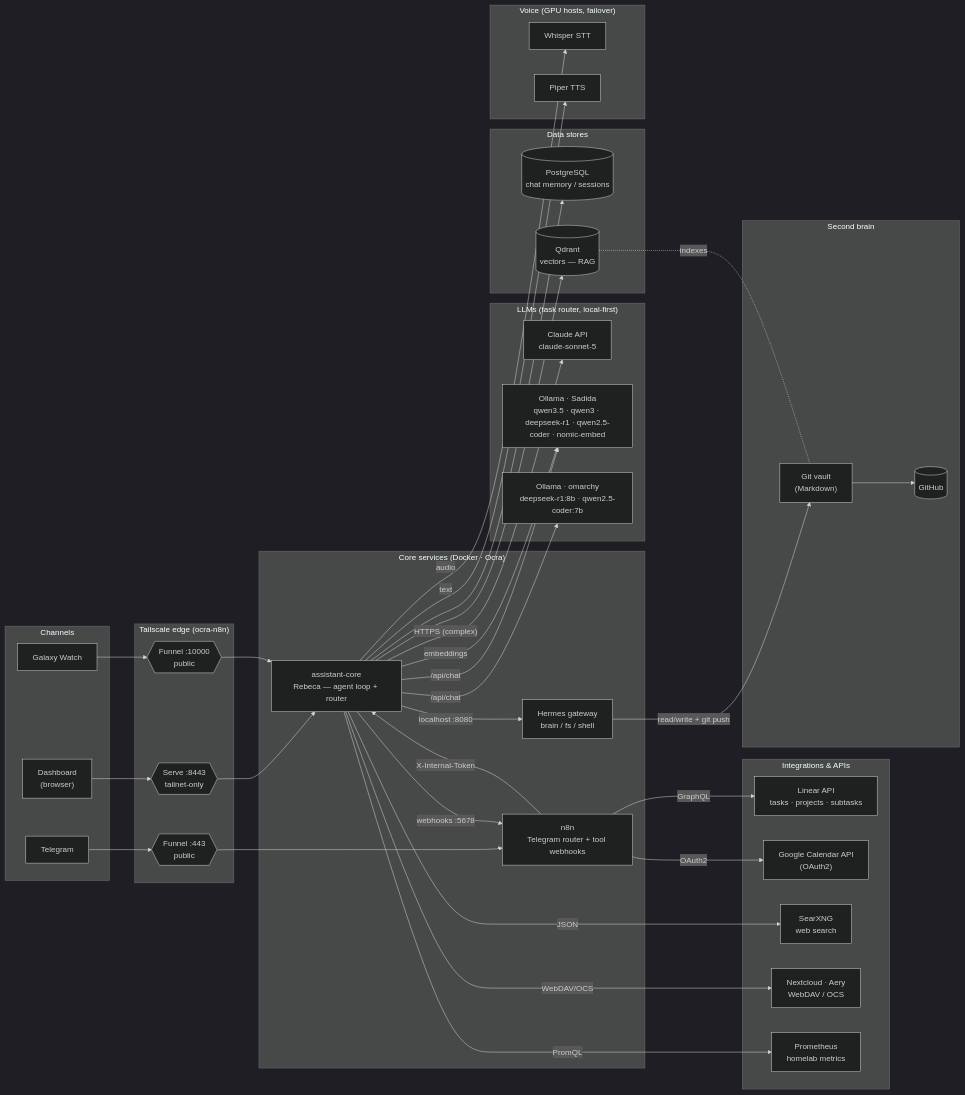
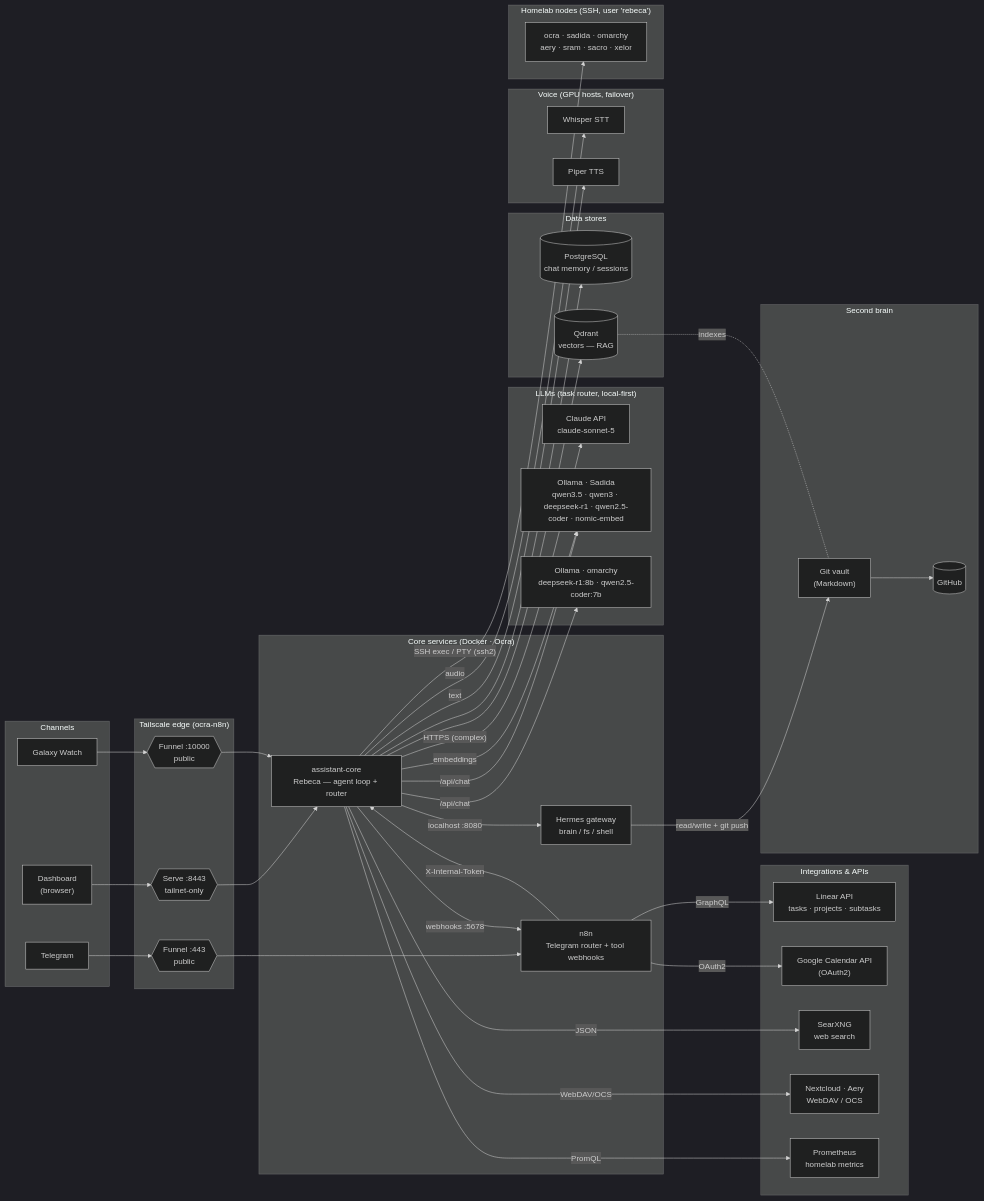
One commit to SethSterling22/Productivity_Tools changed the diagram in README.md. Above: the diagram before and after it, drawn with Mermaid (dark theme). The commit also changed other lines of this file and 1 other file, not shown here.

````diff
--- a/README.md
+++ b/README.md
@@ -131,4 +131,10 @@
   HERMES -->|"read/write + git push"| VAULT
   VAULT --> GH
   QD -. "indexes" .- VAULT
+
+  %% ── Homelab nodes ──
+  subgraph hl["Homelab nodes (SSH, user 'rebeca')"]
+    NODES["ocra · sadida · omarchy<br/>aery · sram · sacro · xelor"]
+  end
+  AC -->|"SSH exec / PTY (ssh2)"| NODES
 ```
````
